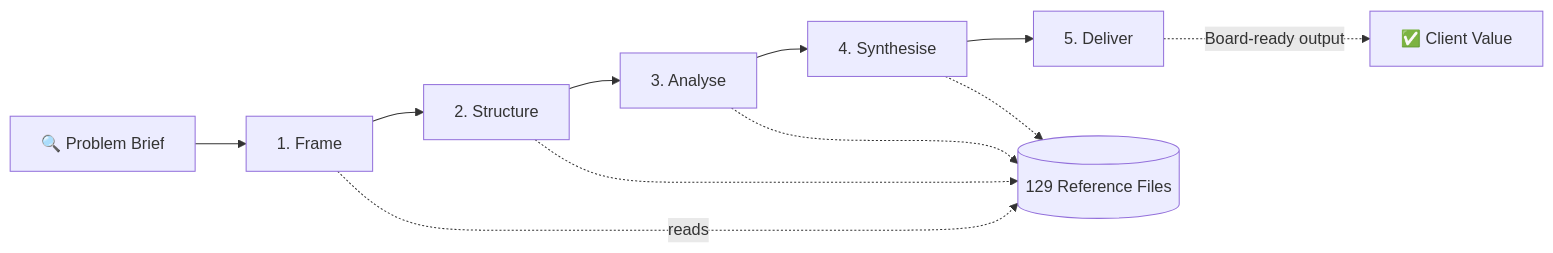
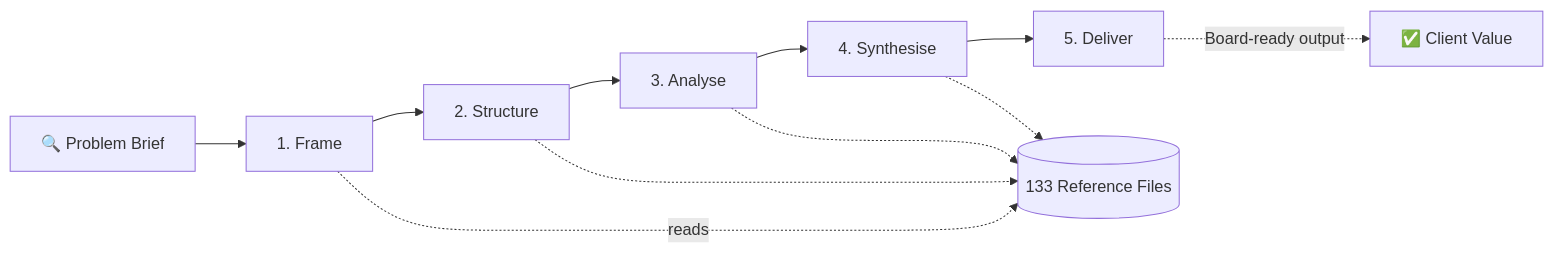
Before and after one commit to DogInfantry/claude-skill-management-consultant-B1: the first of 4 diagrams in README.md, drawn with Mermaid. The commit also changed other lines of this file and 11 other files, not shown here.

````diff
--- a/README.md
+++ b/README.md
@@ -48,14 +48,14 @@
 ```mermaid
 flowchart LR
     A["🔍 Problem Brief"] --> B["1. Frame"]
     B --> C["2. Structure"]
     C --> D["3. Analyse"]
     D --> E["4. Synthesise"]
     E --> F["5. Deliver"]
 
-    B -.->|reads| G[("129 Reference Files")]
+    B -.->|reads| G[("133 Reference Files")]
     C -.-> G
     D -.-> G
     E -.-> G
     F -.->|"Board-ready output"| H["✅ Client Value"]
 ```
````
